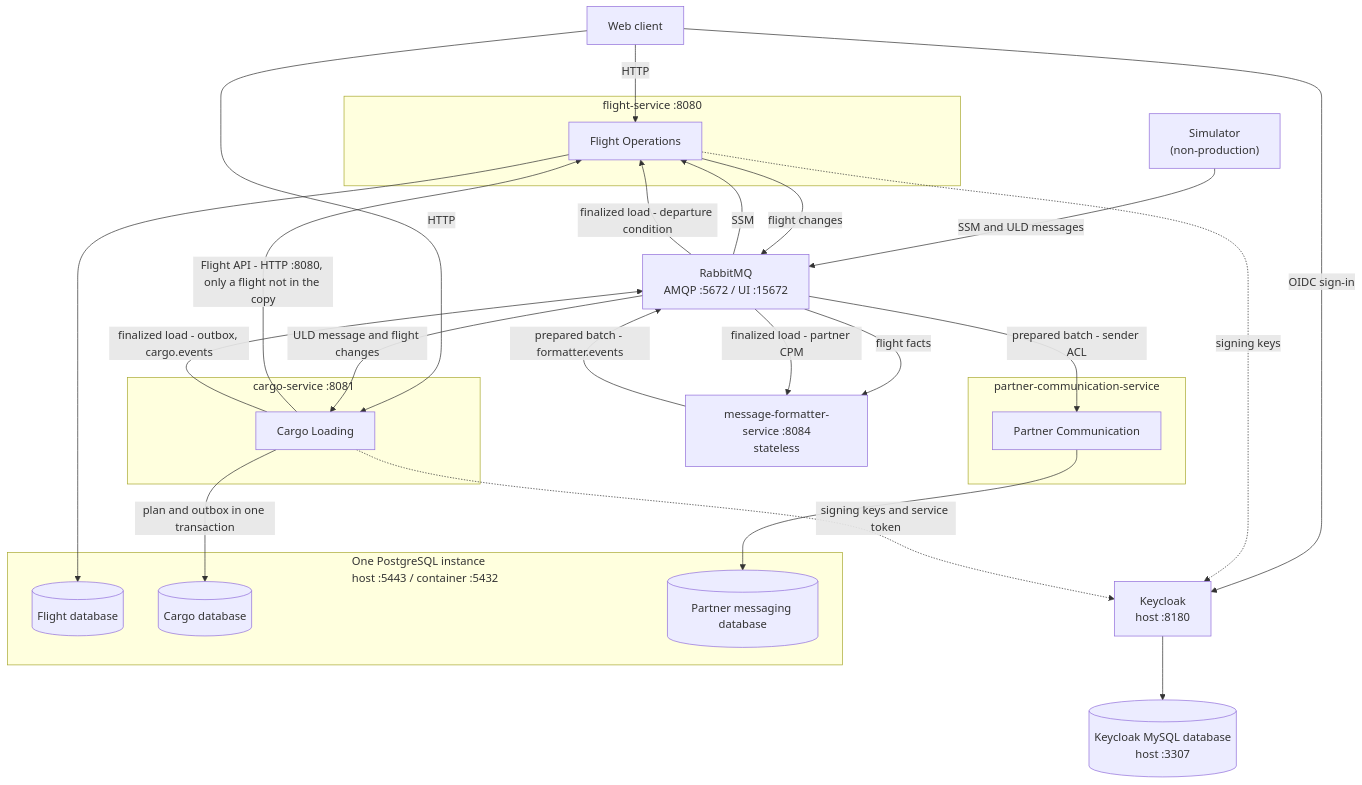
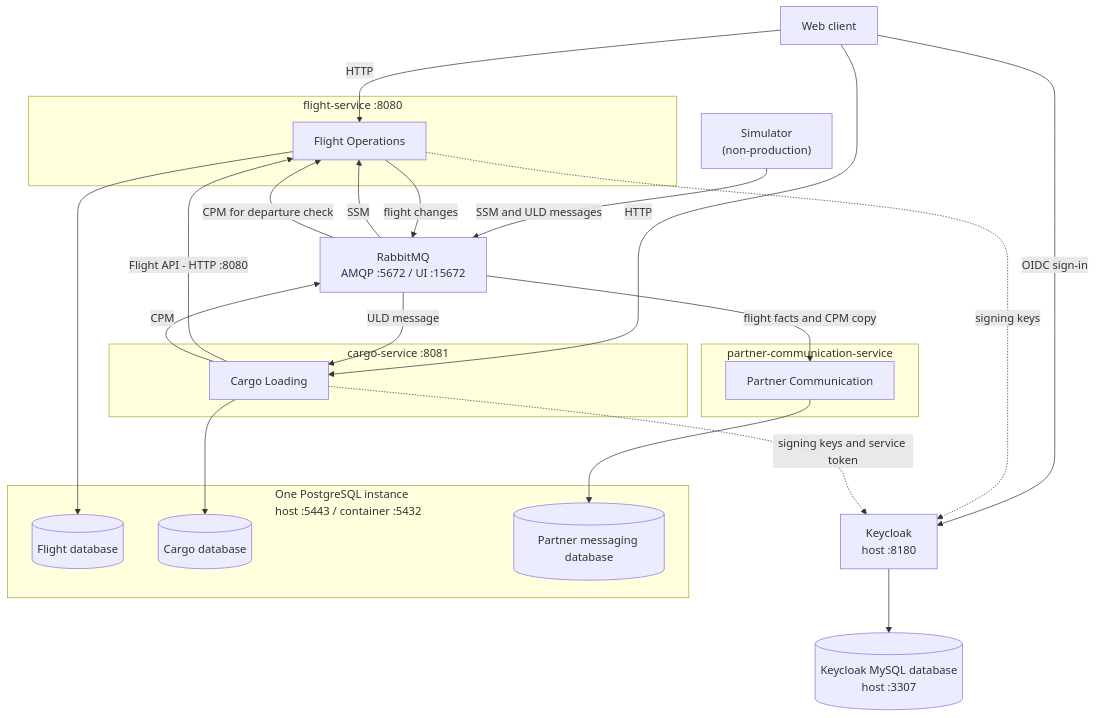
One commit to ebhd/air-freight-operations changed the third of 9 diagrams in architecture/analyse.md. Above: the diagram before and after it, drawn with Mermaid. The commit also changed other lines of this file and 242 other files, not shown here.

First line of the commit message:
Revert "Merge branch 'refactor/split-flight-delays-and-message-formatting' into 'main'"

````diff
--- a/architecture/analyse.md
+++ b/architecture/analyse.md
@@ -110,42 +104,38 @@
 ```mermaid
 flowchart TB
     Client["Web client"] -->|HTTP| F
     Client -->|HTTP| C
     Client -->|OIDC sign-in| IAM["Keycloak<br/>host :8180"]
 
     subgraph FS["flight-service :8080"]
         F["Flight Operations"]
     end
     subgraph CS["cargo-service :8081"]
         C["Cargo Loading"]
     end
     subgraph PS["partner-communication-service"]
         P["Partner Communication"]
     end
     subgraph PG["One PostgreSQL instance<br/>host :5443 / container :5432"]
         FDB[("Flight database")]
         CDB[("Cargo database")]
         PDB[("Partner messaging database")]
     end
 
-    MF["message-formatter-service :8084<br/>stateless"]
     F --> FDB
-    C -->|plan and outbox in one transaction| CDB
+    C --> CDB
     P --> PDB
-    C -->|Flight API - HTTP :8080, only a flight not in the copy| F
+    C -->|Flight API - HTTP :8080| F
 
     Sim["Simulator<br/>(non-production)"] -->|SSM and ULD messages| MQ["RabbitMQ<br/>AMQP :5672 / UI :15672"]
     MQ -->|SSM| F
-    MQ -->|ULD message and flight changes| C
+    MQ -->|ULD message| C
     F -->|flight changes| MQ
-    C -->|finalized load - outbox, cargo.events| MQ
-    MQ -->|flight facts| MF
-    MF -->|prepared batch - formatter.events| MQ
-    MQ -->|prepared batch - sender ACL| P
-    MQ -->|finalized load - partner CPM| MF
-    MQ -->|finalized load - departure condition| F
+    C -->|CPM| MQ
+    MQ -->|flight facts and CPM copy| P
+    MQ -->|CPM for departure check| F
 
     IAM --> KDB[("Keycloak MySQL database<br/>host :3307")]
     F -.->|signing keys| IAM
     C -.->|signing keys and service token| IAM
 ```
````
